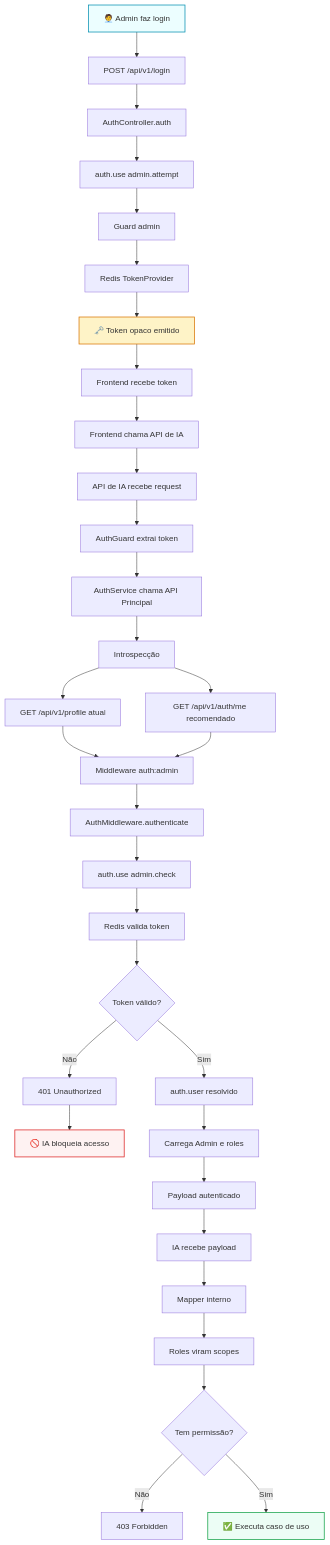
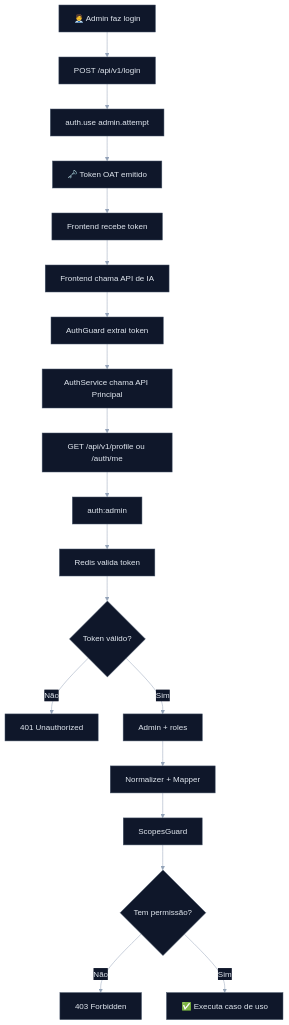
One commit to matheusdiamantino-betalent/IA changed the third of 8 diagrams in RFC-0001-Auth.md. Above: the diagram before and after it, drawn with Mermaid. The commit also changed other lines of this file, not shown here.

````diff
--- a/RFC-0001-Auth.md
+++ b/RFC-0001-Auth.md
@@ -436,45 +300,26 @@
 ```mermaid
+%%{init: {'theme':'base','themeVariables': {
+  'primaryColor':'#0f172a','primaryTextColor':'#e2e8f0','primaryBorderColor':'#475569','lineColor':'#94a3b8','secondaryColor':'#111827','tertiaryColor':'#1e293b','background':'#020617','mainBkg':'#0f172a','secondBkg':'#111827','tertiaryBkg':'#1e293b','clusterBkg':'#0b1220','clusterBorder':'#334155','edgeLabelBackground':'#0f172a','fontFamily':'Inter, Segoe UI, Arial'
+}}}%%
 flowchart TD
     A[🧑‍💼 Admin faz login] --> B[POST /api/v1/login]
-    B --> C[AuthController.auth]
-    C --> D[auth.use admin.attempt]
-    D --> E[Guard admin]
-    E --> F[Redis TokenProvider]
-    F --> G[🗝️ Token opaco emitido]
-    G --> H[Frontend recebe token]
+    B --> C[auth.use admin.attempt]
+    C --> D[🗝️ Token OAT emitido]
+    D --> E[Frontend recebe token]
 
-    H --> I[Frontend chama API de IA]
-    I --> J[API de IA recebe request]
-    J --> K[AuthGuard extrai token]
-    K --> L[AuthService chama API Principal]
+    E --> F[Frontend chama API de IA]
+    F --> G[AuthGuard extrai token]
+    G --> H[AuthService chama API Principal]
+    H --> I[GET /api/v1/profile ou /auth/me]
+    I --> J[auth:admin]
+    J --> K[Redis valida token]
 
-    L --> M[Introspecção]
-    M --> M1[GET /api/v1/profile atual]
-    M --> M2[GET /api/v1/auth/me recomendado]
-    M1 --> N[Middleware auth:admin]
-    M2 --> N
-    N --> O[AuthMiddleware.authenticate]
-    O --> P[auth.use admin.check]
-    P --> Q[Redis valida token]
-
-    Q --> R{Token válido?}
-    R -- Não --> S[401 Unauthorized]
-    S --> T[🚫 IA bloqueia acesso]
-
-    R -- Sim --> U[auth.user resolvido]
-    U --> V[Carrega Admin e roles]
-    V --> W[Payload autenticado]
-
-    W --> X[IA recebe payload]
-    X --> Y[Mapper interno]
-    Y --> Z[Roles viram scopes]
-
-    Z --> AA{Tem permissão?}
-    AA -- Não --> AB[403 Forbidden]
-    AA -- Sim --> AC[✅ Executa caso de uso]
-
-    style A fill:#ecfeff,stroke:#0891b2,stroke-width:1.5px
-    style G fill:#fef3c7,stroke:#d97706,stroke-width:1.5px
-    style T fill:#fef2f2,stroke:#dc2626,stroke-width:1.5px
-    style AC fill:#ecfdf5,stroke:#16a34a,stroke-width:1.5px
+    K --> L{Token válido?}
+    L -- Não --> M[401 Unauthorized]
+    L -- Sim --> N[Admin + roles]
+    N --> O[Normalizer + Mapper]
+    O --> P[ScopesGuard]
+    P --> Q{Tem permissão?}
+    Q -- Não --> R[403 Forbidden]
+    Q -- Sim --> S[✅ Executa caso de uso]
 ```
````
